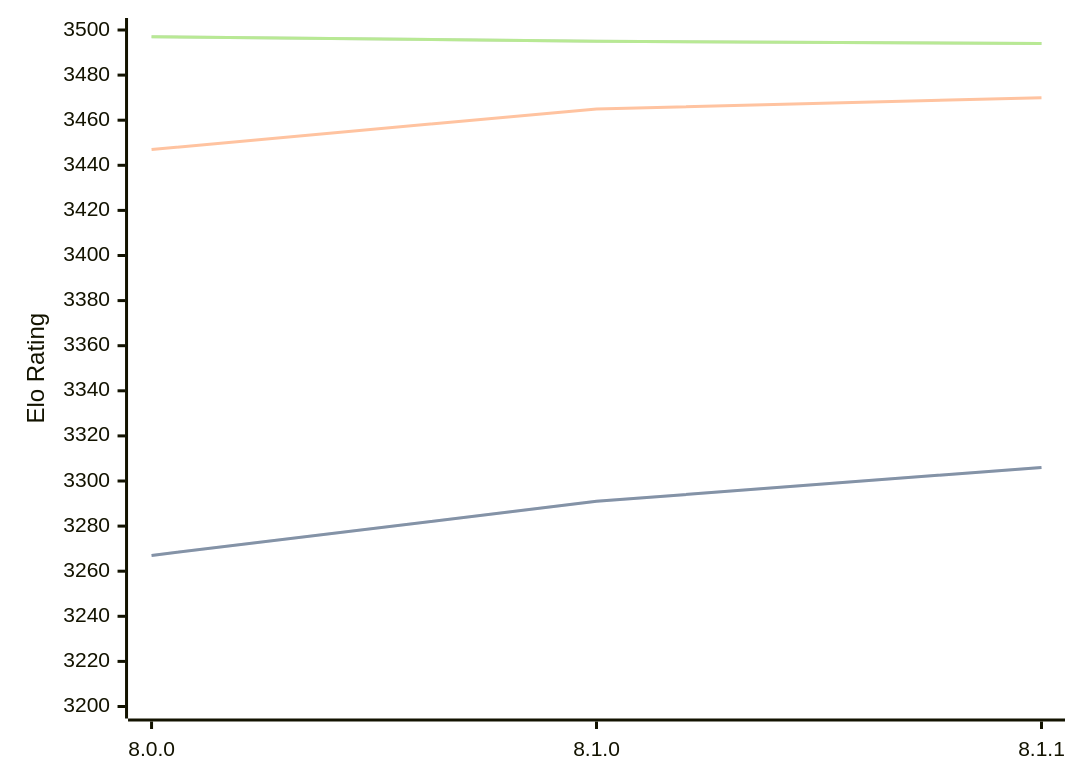
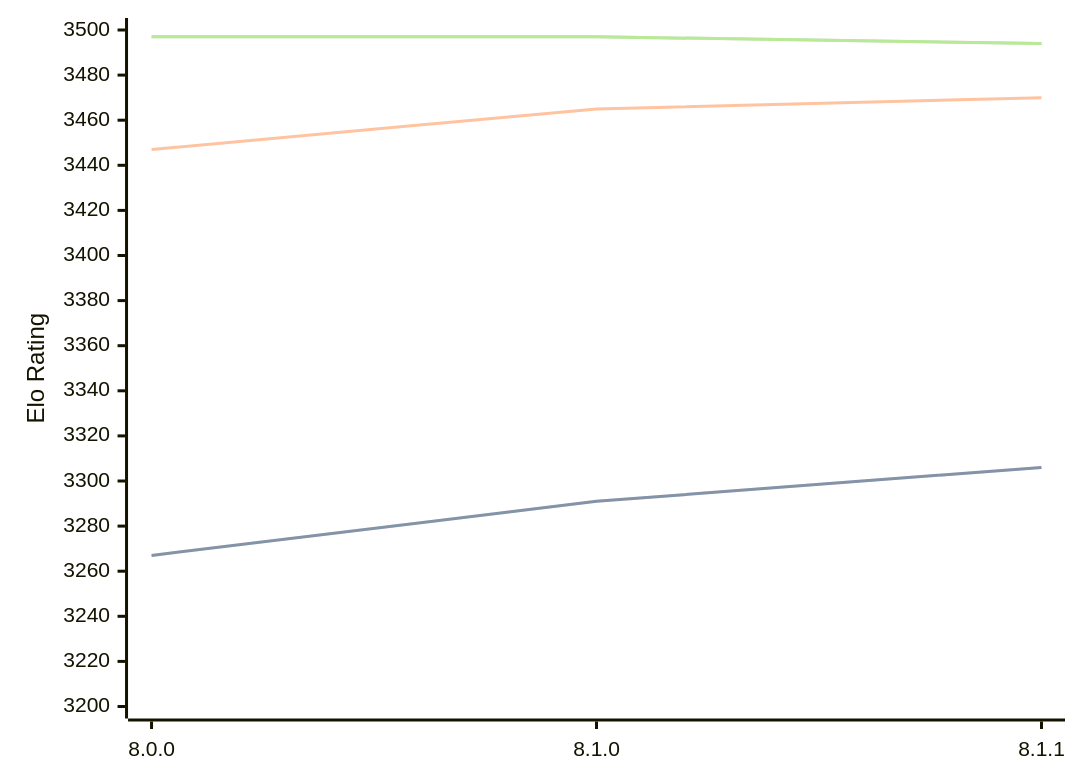
One commit to computer-chess-index/cci changed the diagram in engines/Velvet.md. Above: the diagram before and after it, drawn with Mermaid. The commit also changed other lines of this file, not shown here.

Commit message:
Update CCI Ratings (ELO VLTC) - 2026-04-07

````diff
--- a/engines/Velvet.md
+++ b/engines/Velvet.md
@@ -57,11 +57,11 @@
 ```mermaid
 %%{init: {"theme":"base","themeVariables":{"seriesColors:['#a3a3a3','#222221','#faa371']}}}%%
 xychart-beta
   x-axis ["8.0.0", "8.1.0", "8.1.1"]
   y-axis "Elo Rating" 3200 --> 3500
   line "STC (8.0+0.08s)" [3267, 3291, 3306]
   line "STC (8.0+0.08s)" [3267, 3291, 3306]
   line "LTC (60.0+0.60s)" [3447, 3465, 3470]
-  line "VLTC (2m24s+1.12s)" [3497, 3495, 3494]
-  line "VLTC (2m24s+1.12s)" [3497, 3495, 3494]
+  line "VLTC (2m24s+1.12s)" [3497, 3497, 3494]
+  line "VLTC (2m24s+1.12s)" [3497, 3497, 3494]
 ```
````
